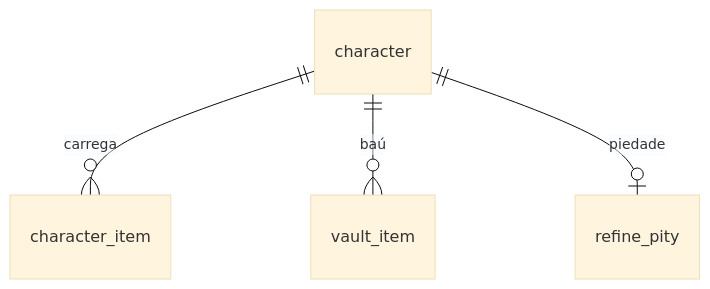
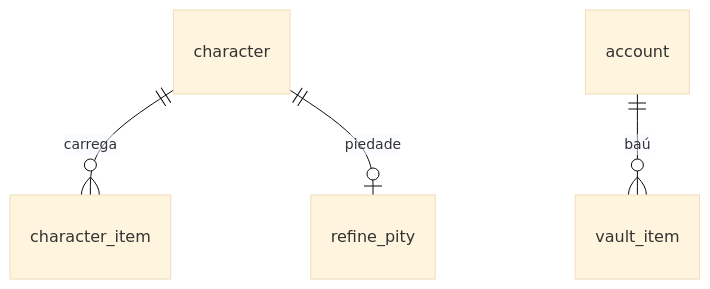
Before and after one commit to lucascantarelli/wyd: the diagram in planejamento-1.0.0/wyd-db/docs/dicionario-dados/dominio-inventario.md, drawn with Mermaid (base theme). The commit also changed other lines of this file and 46 other files, not shown here.

````diff
--- a/planejamento-1.0.0/wyd-db/docs/dicionario-dados/dominio-inventario.md
+++ b/planejamento-1.0.0/wyd-db/docs/dicionario-dados/dominio-inventario.md
@@ -28,6 +28,6 @@
 ```mermaid
 erDiagram
     character ||--o{ character_item : "carrega"
-    character ||--o{ vault_item : "baú"
+    account ||--o{ vault_item : "baú"
     character ||--o| refine_pity : "piedade"
 ```
````
